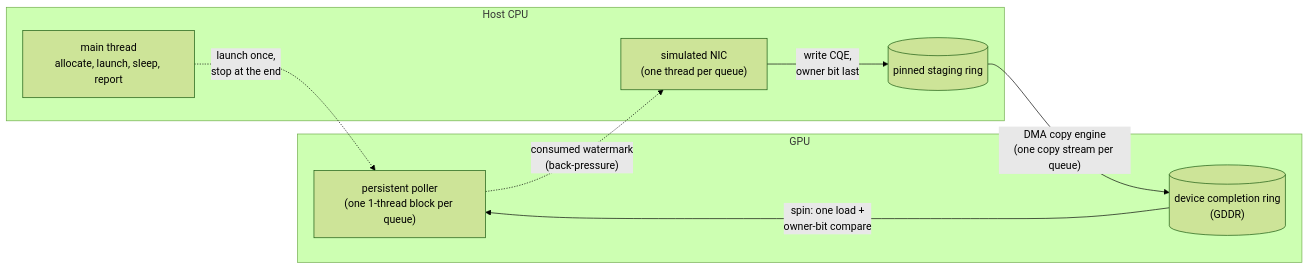
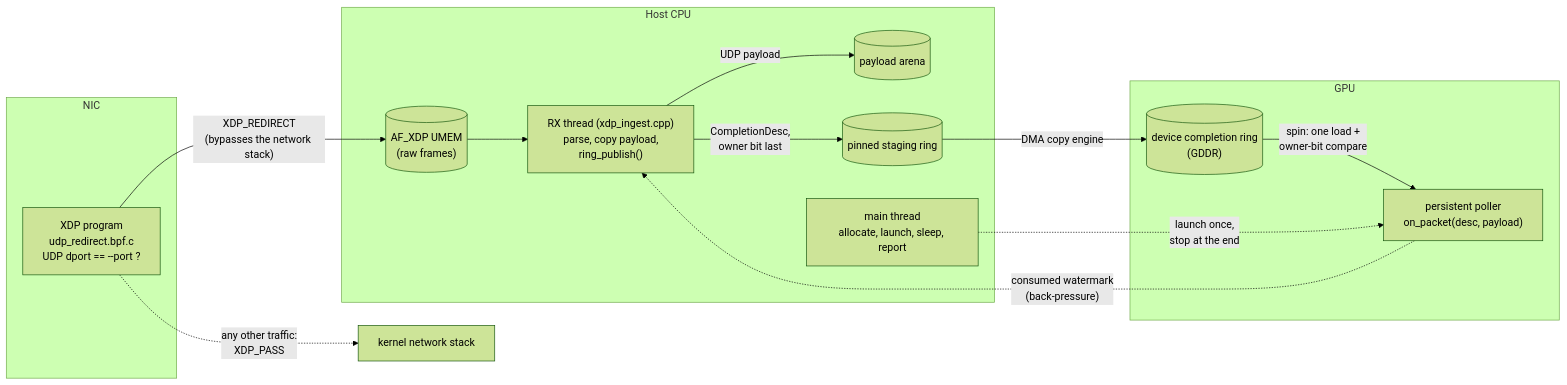
The diagram in README.md (otterbox901/GPU-NIC-CQ-polling), drawn with Mermaid (forest theme) before and after one commit. The commit also changed other lines of this file and 34 other files, not shown here.

Commit message:
network stack bypass implementation

````diff
--- a/README.md
+++ b/README.md
@@ -18,17 +21,26 @@
 ```mermaid
 flowchart LR
+    subgraph NIC["NIC"]
+        XDP["XDP program<br/>udp_redirect.bpf.c<br/>UDP dport == --port ?"]
+    end
     subgraph HOST["Host CPU"]
+        UMEM[("AF_XDP UMEM<br/>(raw frames)")]
+        RX["RX thread (xdp_ingest.cpp)<br/>parse, copy payload,<br/>ring_publish()"]
+        ARENA[("payload arena")]
+        STAGE[("pinned staging ring")]
         MAIN["main thread<br/>allocate, launch, sleep, report"]
-        PROD["simulated NIC<br/>(one thread per queue)"]
-        STAGE[("pinned staging ring")]
-        PROD -- "write CQE,<br/>owner bit last" --> STAGE
+        UMEM --> RX
+        RX -- "UDP payload" --> ARENA
+        RX -- "CompletionDesc,<br/>owner bit last" --> STAGE
     end
     subgraph GPU["GPU"]
         CQ[("device completion ring<br/>(GDDR)")]
-        POLL["persistent poller<br/>(one 1-thread block per queue)"]
+        POLL["persistent poller<br/>on_packet(desc, payload)"]
         CQ -- "spin: one load +<br/>owner-bit compare" --> POLL
     end
-    STAGE -- "DMA copy engine<br/>(one copy stream per queue)" --> CQ
-    POLL -. "consumed watermark<br/>(back-pressure)" .-> PROD
+    XDP -- "XDP_REDIRECT<br/>(bypasses the network stack)" --> UMEM
+    XDP -. "any other traffic:<br/>XDP_PASS" .-> STACK["kernel network stack"]
+    STAGE -- "DMA copy engine" --> CQ
+    POLL -. "consumed watermark<br/>(back-pressure)" .-> RX
     MAIN -. "launch once,<br/>stop at the end" .-> POLL
 ```
````
